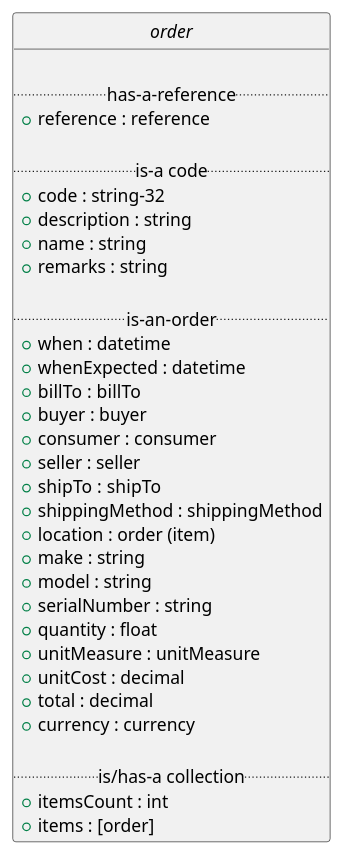
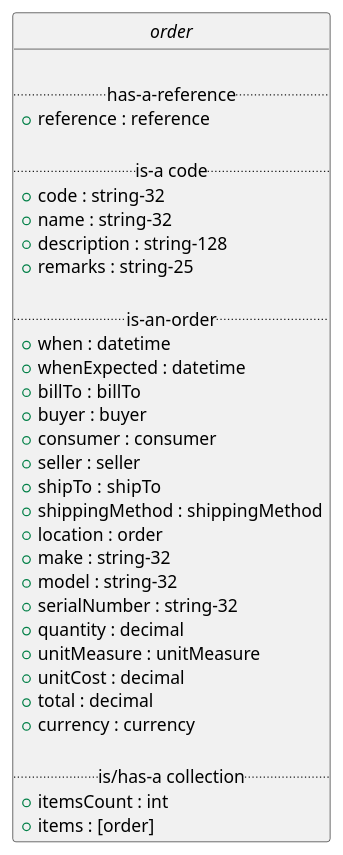
The second of 2 diagrams in order/order.org (EciStg/order-placement), drawn with PlantUML before and after one commit. The commit also changed 3 other files, not shown here.

```diff
--- a/order/order.org
+++ b/order/order.org
@@ -54,40 +54,40 @@
 #+BEGIN_SRC plantuml :file ../images/order-class-diagram.puml.png :exports results
   @startuml
   hide circle
 
   interface order {
 
   .. has-a-reference ..
   {field} + reference : reference
 
   .. is-a code ..
   {field} + code : string-32
-  {field} + description : string
-  {field} + name : string
-  {field} + remarks : string
+  {field} + name : string-32
+  {field} + description : string-128
+  {field} + remarks : string-25
 
   .. is-an-order ..
   {field} + when : datetime
   {field} + whenExpected : datetime
   {field} + billTo : billTo
   {field} + buyer : buyer
   {field} + consumer : consumer
   {field} + seller : seller
   {field} + shipTo : shipTo
   {field} + shippingMethod : shippingMethod
-  {field} + location : order (item)
-  {field} + make : string
-  {field} + model : string
-  {field} + serialNumber : string
-  {field} + quantity : float
+  {field} + location : order
+  {field} + make : string-32
+  {field} + model : string-32
+  {field} + serialNumber : string-32
+  {field} + quantity : decimal
   {field} + unitMeasure : unitMeasure
   {field} + unitCost : decimal
   {field} + total : decimal
   {field} + currency : currency
 
   .. is/has-a collection ..
   {field} + itemsCount : int
   {field} + items : [order]
   }
   @enduml
 #+END_SRC
```
